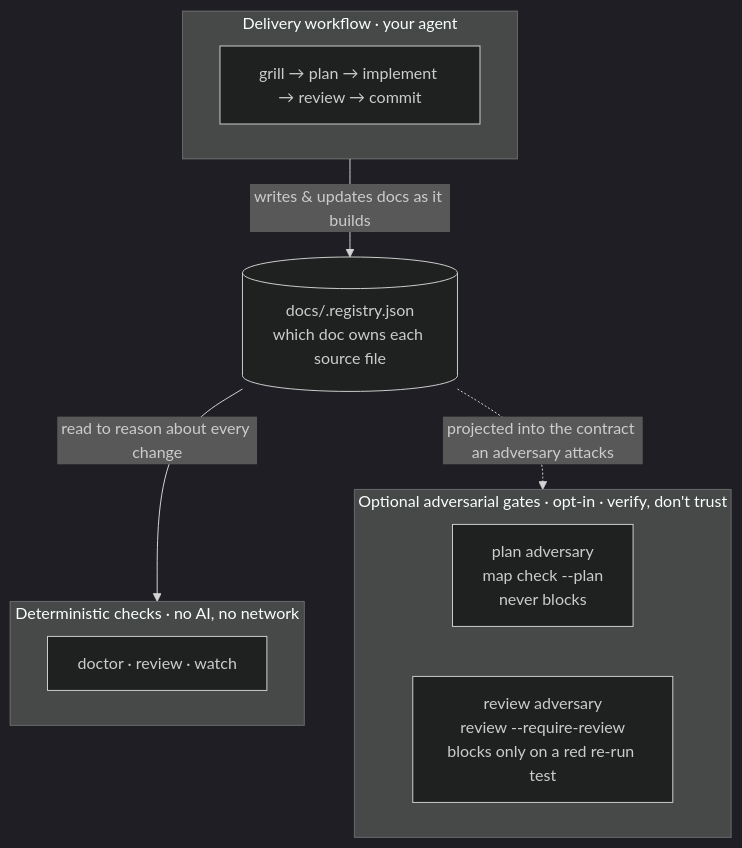
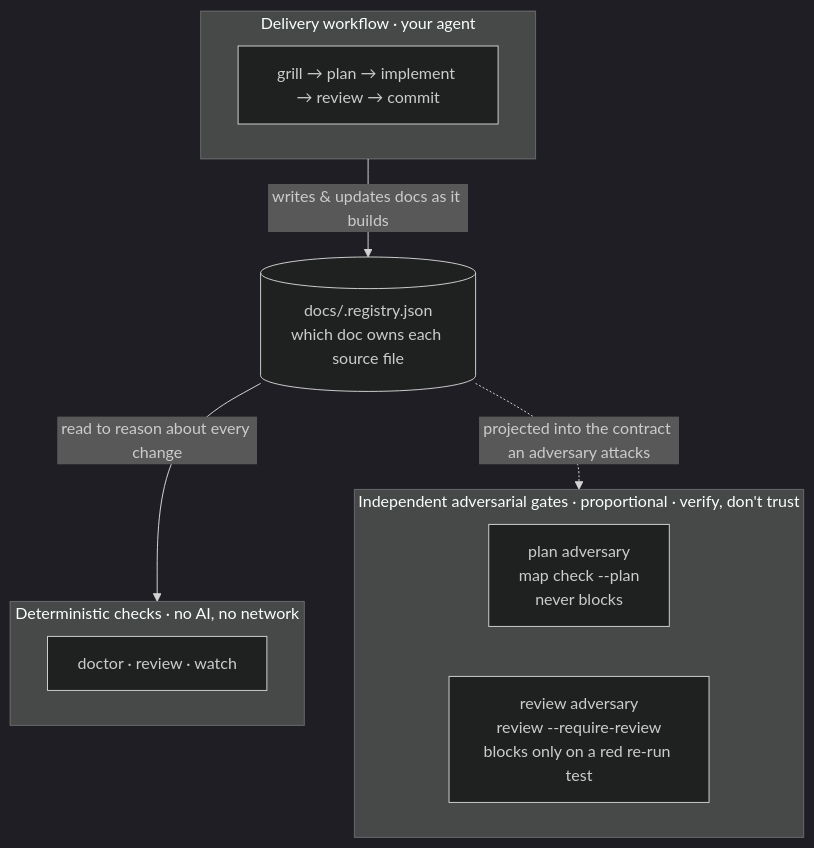
One commit to jakubsuplicki/codument changed the first of 2 diagrams in README.md. Above: the diagram before and after it, drawn with Mermaid (dark theme). The commit also changed other lines of this file and 1 other file, not shown here.

First line of the commit message:
docs(readme): reframe the adversarial gates as proportional, not optional

````diff
--- a/README.md
+++ b/README.md
@@ -23,17 +23,17 @@
 ```mermaid
 flowchart TB
   subgraph WF["Delivery workflow · your agent"]
     L["grill → plan → implement → review → commit"]
   end
   REG[("docs/.registry.json<br/>which doc owns each source file")]
   subgraph CLI["Deterministic checks · no AI, no network"]
     C["doctor · review · watch"]
   end
-  subgraph ADV["Optional adversarial gates · opt-in · verify, don't trust"]
+  subgraph ADV["Independent adversarial gates · proportional · verify, don't trust"]
     PA["plan adversary<br/>map check --plan<br/>never blocks"]
     RA["review adversary<br/>review --require-review<br/>blocks only on a red re-run test"]
   end
   WF -->|writes &amp; updates docs as it builds| REG
   REG -->|read to reason about every change| CLI
   REG -.->|projected into the contract an adversary attacks| ADV
 ```
````
